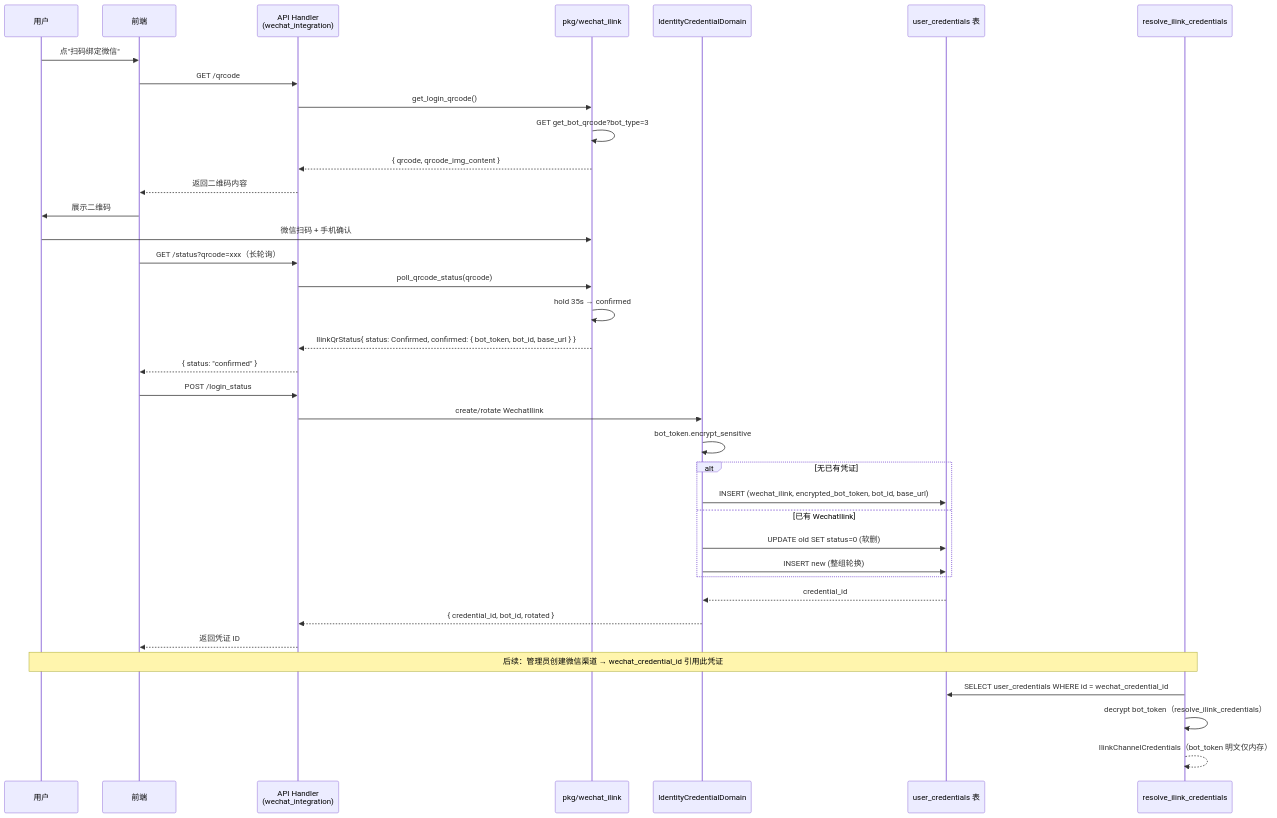
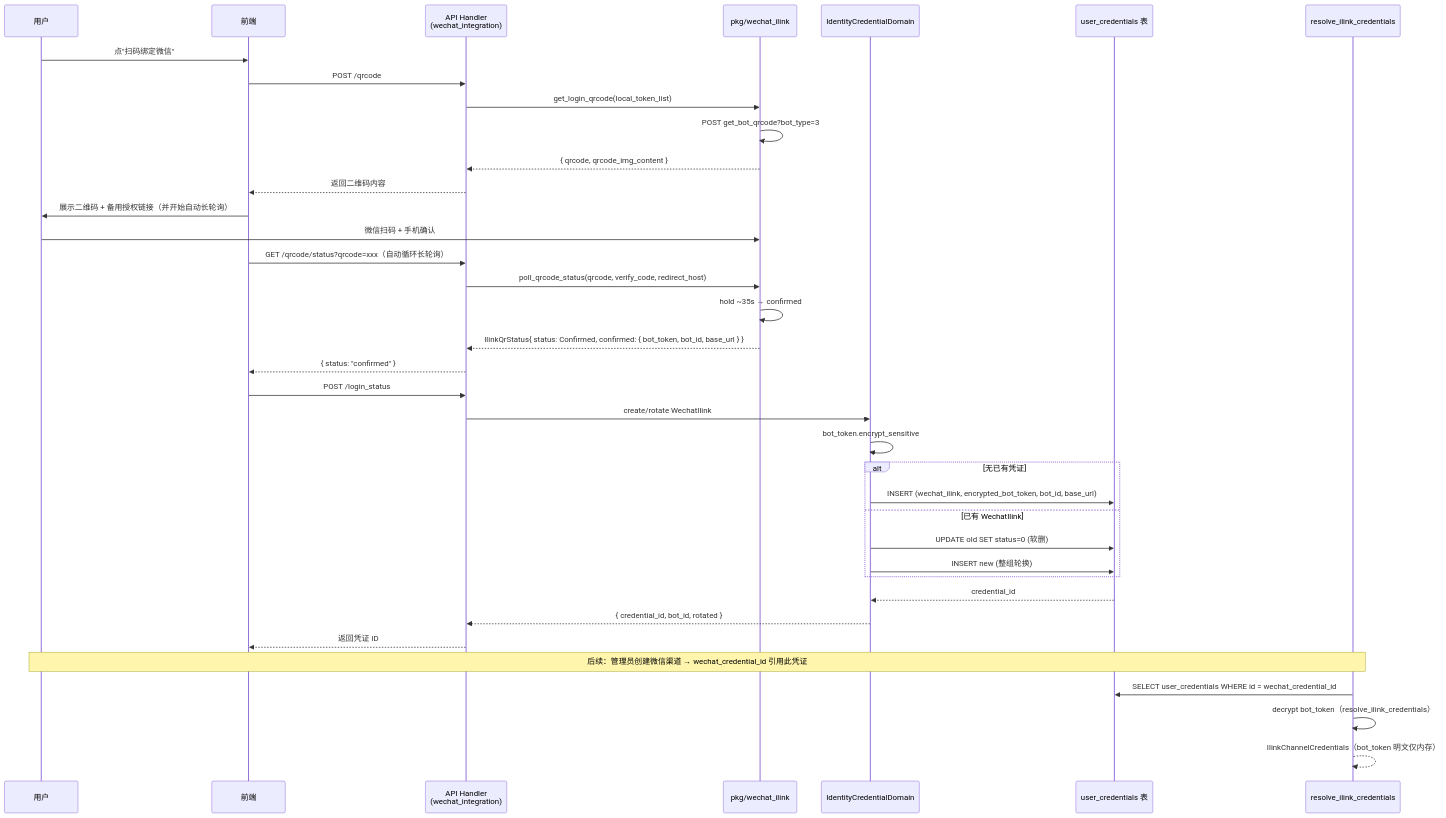
The second of 2 diagrams in docs/wiki/zh/content/功能模块/用户与组织管理/身份凭证与授权流程.md (runningcoders/ai_orz), drawn with Mermaid before and after one commit. The commit also changed other lines of this file and 3 other files, not shown here.

````diff
--- a/docs/wiki/zh/content/功能模块/用户与组织管理/身份凭证与授权流程.md
+++ b/docs/wiki/zh/content/功能模块/用户与组织管理/身份凭证与授权流程.md
@@ -160,43 +161,43 @@
 ```mermaid
 sequenceDiagram
     participant User as 用户
     participant FE as 前端
     participant Handler as API Handler<br/>(wechat_integration)
     participant Pkg as pkg/wechat_ilink
     participant Domain as IdentityCredentialDomain
     participant DB as user_credentials 表
     participant DAO as resolve_ilink_credentials
 
     User->>FE: 点"扫码绑定微信"
-    FE->>Handler: GET /qrcode
-    Handler->>Pkg: get_login_qrcode()
-    Pkg->>Pkg: GET get_bot_qrcode?bot_type=3
+    FE->>Handler: POST /qrcode
+    Handler->>Pkg: get_login_qrcode(local_token_list)
+    Pkg->>Pkg: POST get_bot_qrcode?bot_type=3
     Pkg-->>Handler: { qrcode, qrcode_img_content }
     Handler-->>FE: 返回二维码内容
-    FE->>User: 展示二维码
+    FE->>User: 展示二维码 + 备用授权链接（并开始自动长轮询）
 
     User->>Pkg: 微信扫码 + 手机确认
-    FE->>Handler: GET /status?qrcode=xxx（长轮询）
-    Handler->>Pkg: poll_qrcode_status(qrcode)
-    Pkg->>Pkg: hold 35s → confirmed
+    FE->>Handler: GET /qrcode/status?qrcode=xxx（自动循环长轮询）
+    Handler->>Pkg: poll_qrcode_status(qrcode, verify_code, redirect_host)
+    Pkg->>Pkg: hold ~35s → confirmed
     Pkg-->>Handler: IlinkQrStatus{ status: Confirmed, confirmed: { bot_token, bot_id, base_url } }
     Handler-->>FE: { status: "confirmed" }
 
     FE->>Handler: POST /login_status
     Handler->>Domain: create/rotate WechatIlink
     Domain->>Domain: bot_token.encrypt_sensitive
     alt 无已有凭证
         Domain->>DB: INSERT (wechat_ilink, encrypted_bot_token, bot_id, base_url)
     else 已有 WechatIlink
         Domain->>DB: UPDATE old SET status=0 (软删)
         Domain->>DB: INSERT new (整组轮换)
     end
     DB-->>Domain: credential_id
     Domain-->>Handler: { credential_id, bot_id, rotated }
     Handler-->>FE: 返回凭证 ID
 
     Note over User,DAO: 后续：管理员创建微信渠道 → wechat_credential_id 引用此凭证
     DAO->>DB: SELECT user_credentials WHERE id = wechat_credential_id
     DAO->>DAO: decrypt bot_token（resolve_ilink_credentials）
     DAO-->>DAO: IlinkChannelCredentials（bot_token 明文仅内存）
 ```
````
